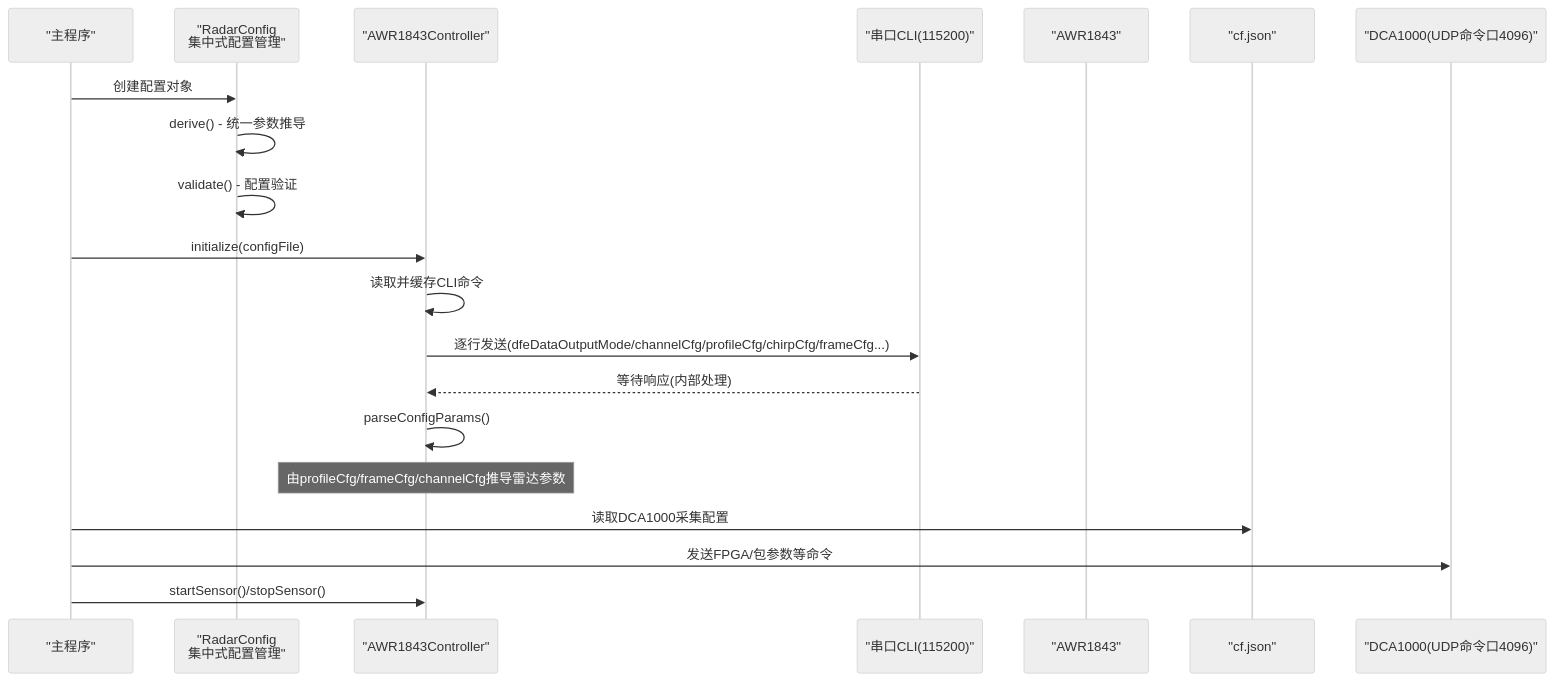
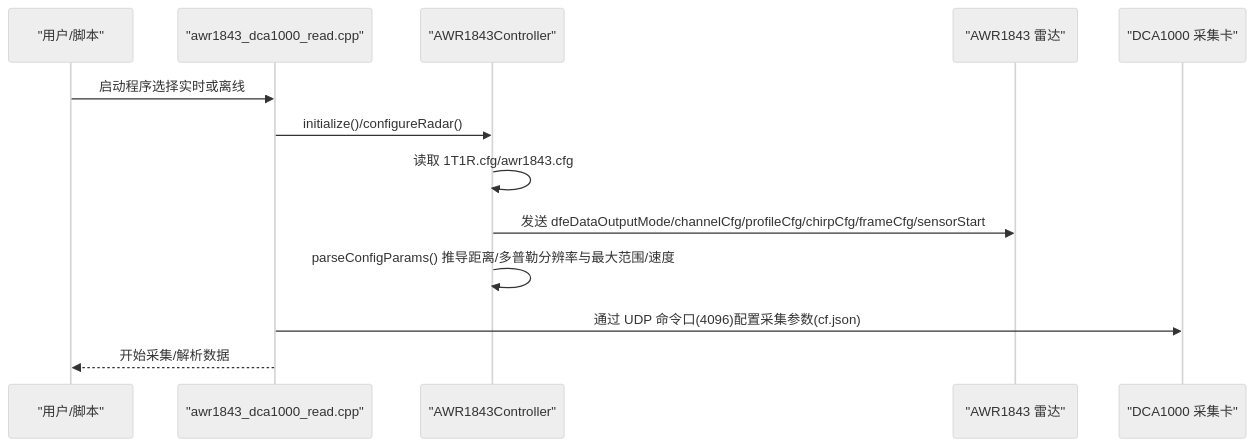
Before and after one commit to Lukad77/awr1843-radar-toolkit: the second of 4 diagrams in .qoder/repowiki/zh/content/雷达与采集参数配置文件.md, drawn with Mermaid (neutral theme). The commit also changed other lines of this file and 106 other files, not shown here.

````diff
--- a/.qoder/repowiki/zh/content/雷达与采集参数配置文件.md
+++ b/.qoder/repowiki/zh/content/雷达与采集参数配置文件.md
@@ -97,22 +90,15 @@
 ```mermaid
 sequenceDiagram
-participant Main as "主程序"
-participant RC as "RadarConfig<br/>集中式配置管理"
+participant User as "用户/脚本"
+participant Main as "awr1843_dca1000_read.cpp"
 participant Ctrl as "AWR1843Controller"
-participant Serial as "串口CLI(115200)"
-participant Radar as "AWR1843"
-participant JSON as "cf.json"
-participant DCA as "DCA1000(UDP命令口4096)"
-Main->>RC : 创建配置对象
-RC->>RC : derive() - 统一参数推导
-RC->>RC : validate() - 配置验证
-Main->>Ctrl : initialize(configFile)
-Ctrl->>Ctrl : 读取并缓存CLI命令
-Ctrl->>Serial : 逐行发送(dfeDataOutputMode/channelCfg/profileCfg/chirpCfg/frameCfg...)
-Serial-->>Ctrl : 等待响应(内部处理)
-Ctrl->>Ctrl : parseConfigParams()
-Note over Ctrl : 由profileCfg/frameCfg/channelCfg推导雷达参数
-Main->>JSON : 读取DCA1000采集配置
-Main->>DCA : 发送FPGA/包参数等命令
-Main->>Ctrl : startSensor()/stopSensor()
+participant Radar as "AWR1843 雷达"
+participant DCA as "DCA1000 采集卡"
+User->>Main : 启动程序选择实时或离线
+Main->>Ctrl : initialize()/configureRadar()
+Ctrl->>Ctrl : 读取 1T1R.cfg/awr1843.cfg
+Ctrl->>Radar : 发送 dfeDataOutputMode/channelCfg/profileCfg/chirpCfg/frameCfg/sensorStart
+Ctrl->>Ctrl : parseConfigParams() 推导距离/多普勒分辨率与最大范围/速度
+Main->>DCA : 通过 UDP 命令口(4096)配置采集参数(cf.json)
+Main-->>User : 开始采集/解析数据
 ```
````
